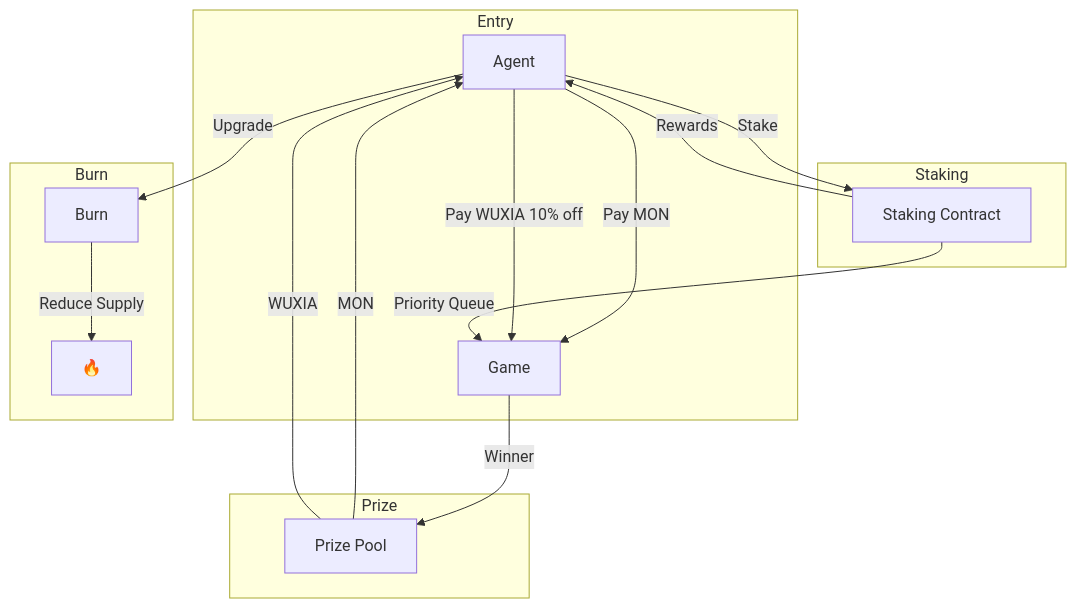
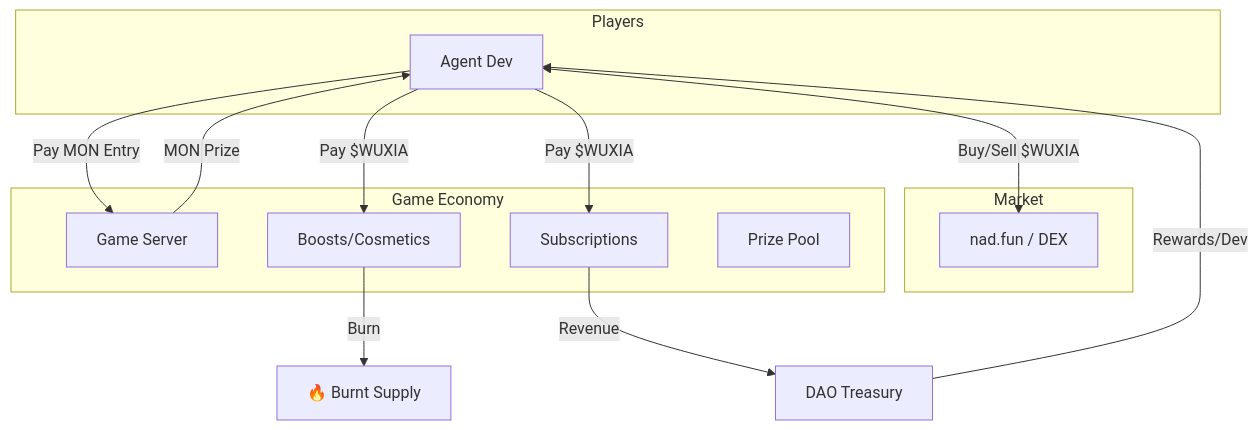
The diagram in docs/TOKENOMICS.md (ten852456/one-hour-dynasty), drawn with Mermaid before and after one commit. The commit also changed other lines of this file and 2 other files, not shown here.

Commit message:
feat: Define core smart contract architecture and $WUXIA tokenomics, including a new project logo.

````diff
--- a/docs/TOKENOMICS.md
+++ b/docs/TOKENOMICS.md
@@ -105,24 +80,30 @@
 ```mermaid
 flowchart TB
-    subgraph Entry
-        A[Agent] -->|Pay MON| G[Game]
-        A -->|Pay WUXIA 10% off| G
+    subgraph Players
+        A[Agent Dev]
     end
 
-    subgraph Prize
-        G -->|Winner| P[Prize Pool]
-        P -->|MON| A
-        P -->|WUXIA| A
+    subgraph Market
+        NAD[nad.fun / DEX]
     end
 
-    subgraph Staking
-        A -->|Stake| S[Staking Contract]
-        S -->|Priority Queue| G
-        S -->|Rewards| A
+    subgraph Game Economy
+        GAME[Game Server]
+        BOOST[Boosts/Cosmetics]
+        SUB[Subscriptions]
+        POOL[Prize Pool]
     end
 
-    subgraph Burn
-        A -->|Upgrade| B[Burn]
-        B -->|Reduce Supply| X[🔥]
-    end
+    A <-->|Buy/Sell $WUXIA| NAD
+
+    A -->|Pay MON Entry| GAME
+    GAME -->|MON Prize| A
+
+    A -->|Pay $WUXIA| BOOST
+    BOOST -->|Burn| NULL[🔥 Burnt Supply]
+
+    A -->|Pay $WUXIA| SUB
+    SUB -->|Revenue| TREASURY[DAO Treasury]
+
+    TREASURY -->|Rewards/Dev| A
 ```
````
